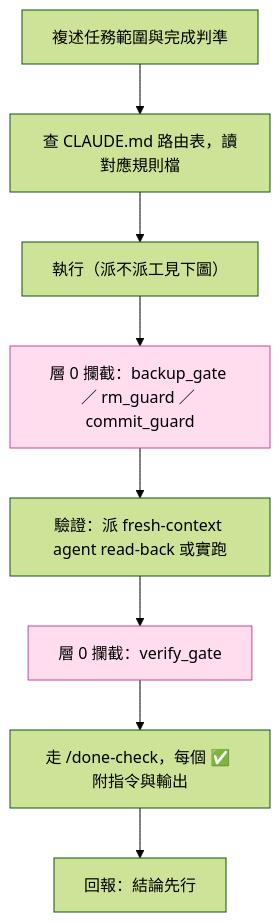
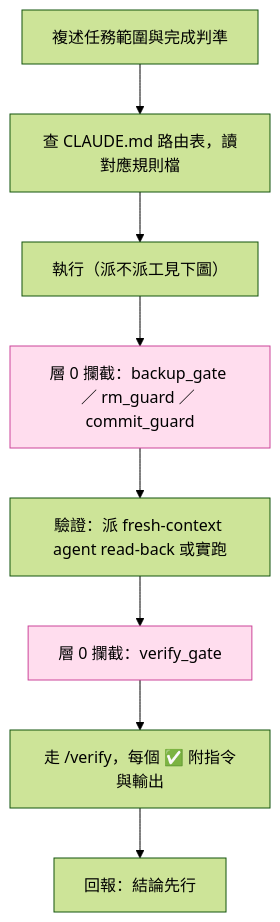
The first of 3 diagrams in README.md (curtischoutw/claude-institution), drawn with Mermaid (forest theme) before and after one commit. The commit also changed other lines of this file and 13 other files, not shown here.

````diff
--- a/README.md
+++ b/README.md
@@ -80,12 +80,12 @@
 ```mermaid
 flowchart TD
     A["複述任務範圍與完成判準"] --> B["查 CLAUDE.md 路由表，讀對應規則檔"]
     B --> C["執行（派不派工見下圖）"]
     C --> H1["層 0 攔截：backup_gate ／ rm_guard ／ commit_guard"]
     H1 --> D["驗證：派 fresh-context agent read-back 或實跑"]
     D --> H2["層 0 攔截：verify_gate"]
-    H2 --> E["走 /done-check，每個 ✅ 附指令與輸出"]
+    H2 --> E["走 /verify，每個 ✅ 附指令與輸出"]
     E --> F["回報：結論先行"]
     classDef hook fill:#fde,stroke:#c49,color:#000
     class H1,H2 hook
 ```
````
